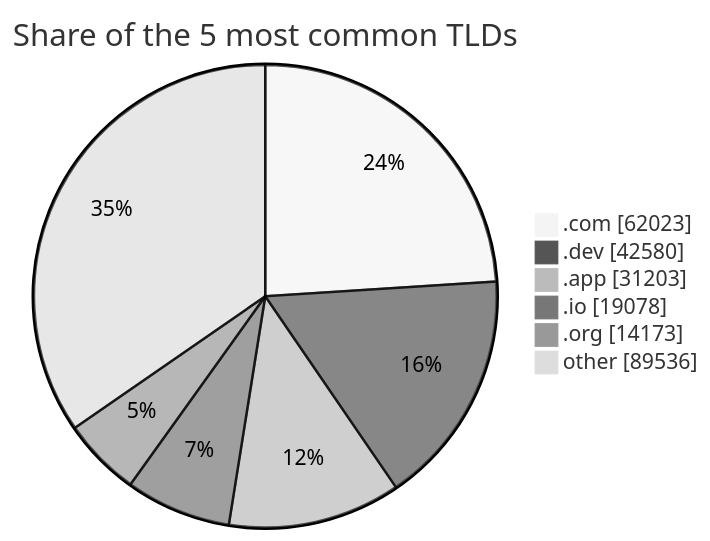
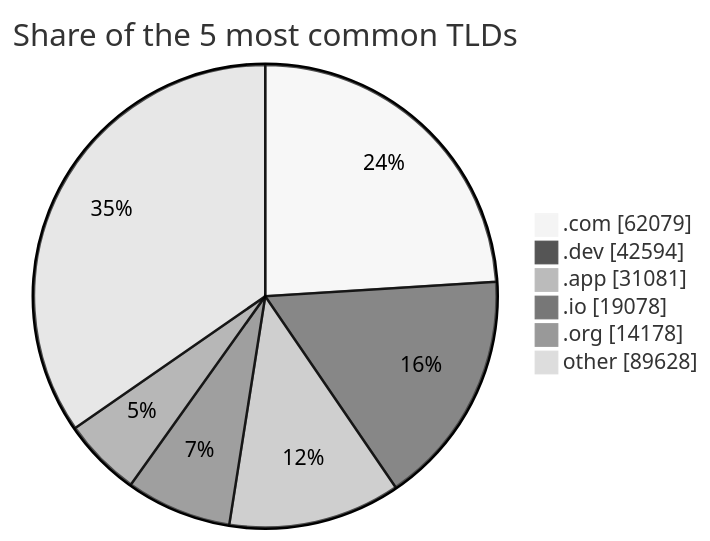
The second of 2 diagrams in README.md (DNSBunker/CTI), drawn with Mermaid (neutral theme) before and after one commit. The commit also changed other lines of this file and 3 other files, not shown here.

````diff
--- a/README.md
+++ b/README.md
@@ -72,9 +72,9 @@
 ```mermaid
 pie showData title Share of the 5 most common TLDs
-    ".com" : 62023
-    ".dev" : 42580
-    ".app" : 31203
+    ".com" : 62079
+    ".dev" : 42594
+    ".app" : 31081
     ".io" : 19078
-    ".org" : 14173
-    "other" : 89536
+    ".org" : 14178
+    "other" : 89628
 ```
````
